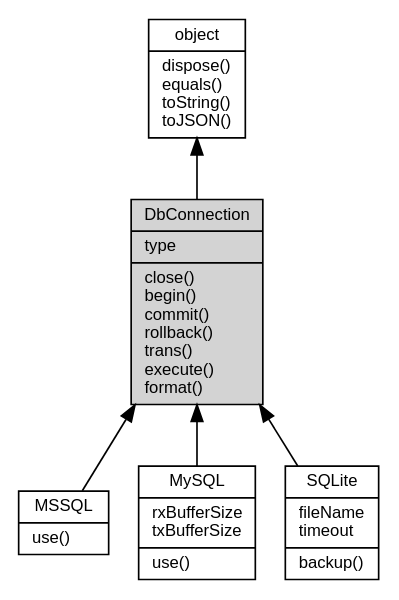
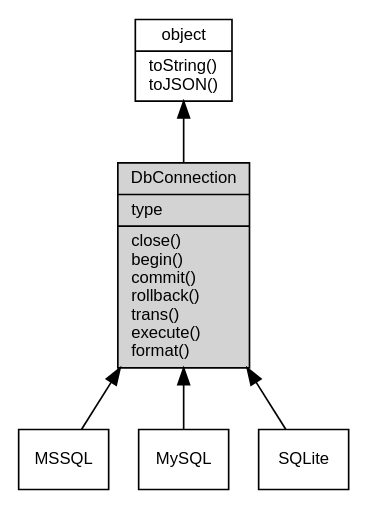
The diagram in docs/object/ifs/DbConnection.md (asionius/fibjs-ceph), drawn with Graphviz before and after one commit. The commit also changed other lines of this file and 138 other files, not shown here.

````diff
--- a/docs/object/ifs/DbConnection.md
+++ b/docs/object/ifs/DbConnection.md
@@ -5,16 +5,16 @@
 ```dot
 digraph {
     node [fontname="Helvetica,sans-Serif", fontsize=10, shape="record", style="filled", fillcolor="white"];
 
-    object [tooltip="object", URL="object.md", label="{object|dispose()\lequals()\ltoString()\ltoJSON()\l}"];
-    DbConnection [tooltip="DbConnection", fillcolor="lightgray", label="{DbConnection|type\l|close()\lbegin()\lcommit()\lrollback()\ltrans()\lexecute()\lformat()\l}"];
-    MSSQL [tooltip="MSSQL", URL="MSSQL.md", label="{MSSQL|use()\l}"];
-    MySQL [tooltip="MySQL", URL="MySQL.md", label="{MySQL|rxBufferSize\ltxBufferSize\l|use()\l}"];
-    SQLite [tooltip="SQLite", URL="SQLite.md", label="{SQLite|fileName\ltimeout\l|backup()\l}"];
+    object [tooltip="object", URL="object.md", label="{object|toString()\ltoJSON()\l}"];
+    DbConnection [tooltip="DbConnection", fillcolor="lightgray", id="me", label="{DbConnection|type\l|close()\lbegin()\lcommit()\lrollback()\ltrans()\lexecute()\lformat()\l}"];
+    MSSQL [tooltip="MSSQL", URL="MSSQL.md", label="{MSSQL}"];
+    MySQL [tooltip="MySQL", URL="MySQL.md", label="{MySQL}"];
+    SQLite [tooltip="SQLite", URL="SQLite.md", label="{SQLite}"];
 
     object -> DbConnection [dir=back];
     DbConnection -> MSSQL [dir=back];
     DbConnection -> MySQL [dir=back];
     DbConnection -> SQLite [dir=back];
 }
 ```
````
